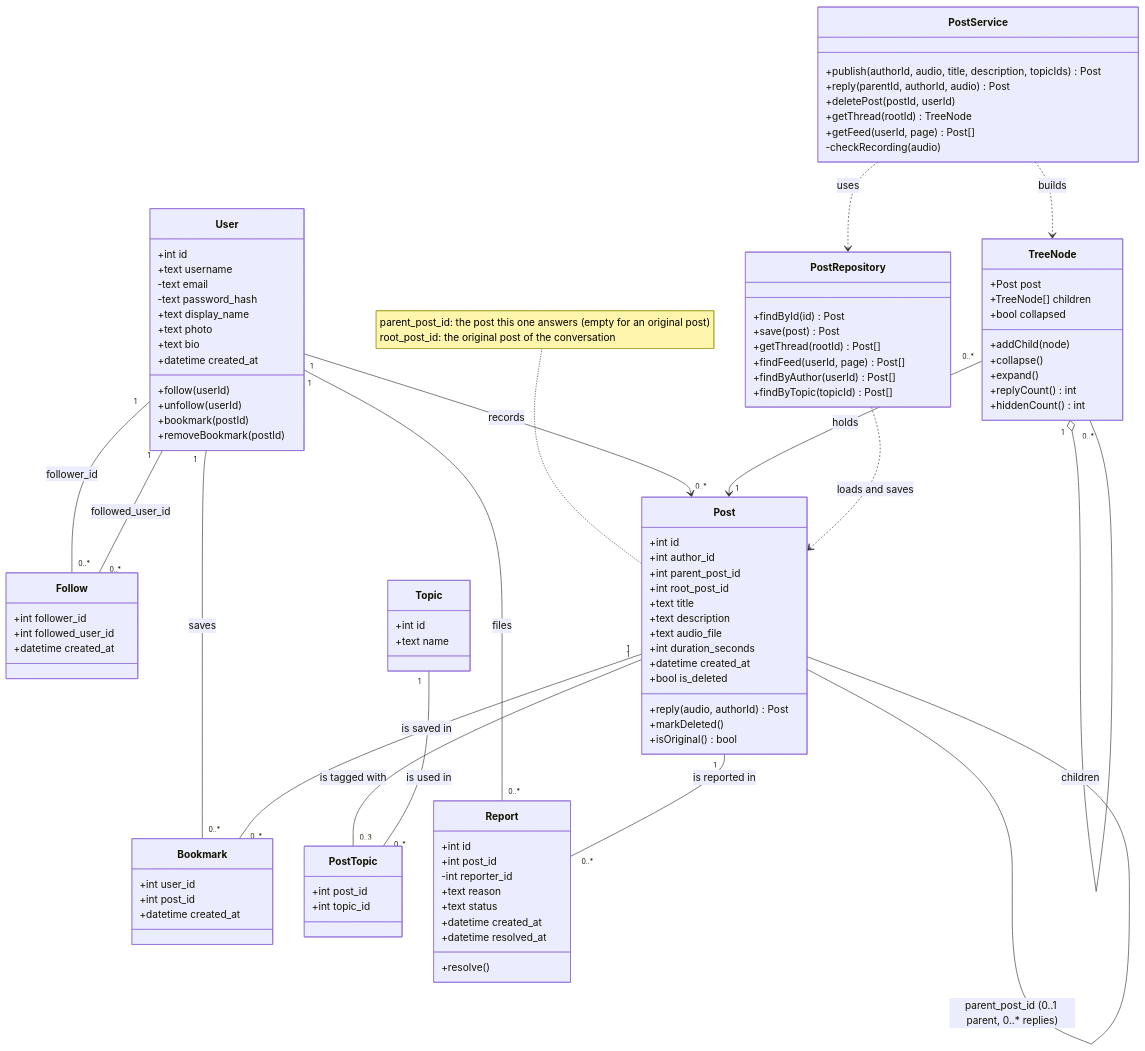
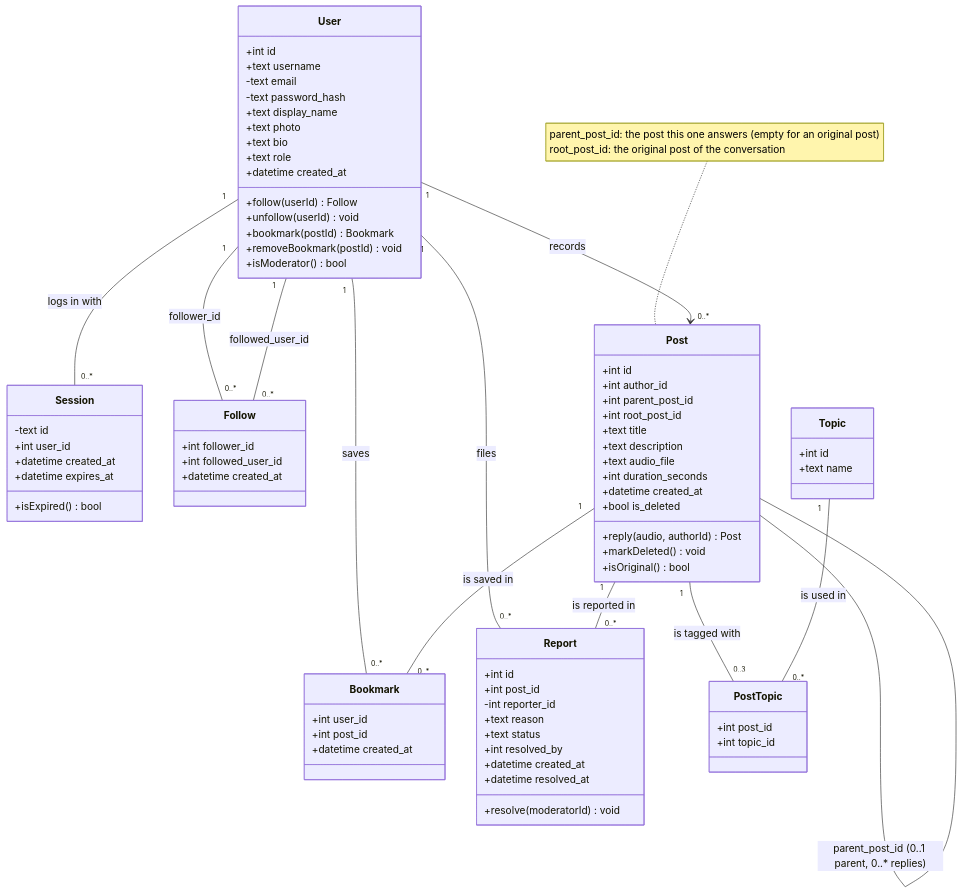
The first of 4 diagrams in docs/uml/class.md (alafwaj/VoiceThread), drawn with Mermaid before and after one commit. The commit also changed other lines of this file and 1 other file, not shown here.

First line of the commit message:
docs(uml): answer the review of the class diagram

````diff
--- a/docs/uml/class.md
+++ b/docs/uml/class.md
@@ -13,12 +17,6 @@
 ```mermaid
 classDiagram
     direction TB
-
-    class Follow {
-        +int follower_id
-        +int followed_user_id
-        +datetime created_at
-    }
 
     class User {
         +int id
@@ -28,11 +26,27 @@
         +text display_name
         +text photo
         +text bio
+        +text role
         +datetime created_at
-        +follow(userId)
-        +unfollow(userId)
-        +bookmark(postId)
-        +removeBookmark(postId)
+        +follow(userId) Follow
+        +unfollow(userId) void
+        +bookmark(postId) Bookmark
+        +removeBookmark(postId) void
+        +isModerator() bool
+    }
+
+    class Session {
+        -text id
+        +int user_id
+        +datetime created_at
+        +datetime expires_at
+        +isExpired() bool
+    }
+
+    class Follow {
+        +int follower_id
+        +int followed_user_id
+        +datetime created_at
     }
 
     class Post {
@@ -47,7 +61,7 @@
         +datetime created_at
         +bool is_deleted
         +reply(audio, authorId) Post
-        +markDeleted()
+        +markDeleted() void
         +isOriginal() bool
     }
 
@@ -55,6 +69,18 @@
         +int user_id
         +int post_id
         +datetime created_at
+    }
+
+    class Report {
+        +int id
+        +int post_id
+        -int reporter_id
+        +text reason
+        +text status
+        +int resolved_by
+        +datetime created_at
+        +datetime resolved_at
+        +resolve(moderatorId) void
     }
 
     class PostTopic {
@@ -67,61 +93,17 @@
         +text name
     }
 
-    class Report {
-        +int id
-        +int post_id
-        -int reporter_id
-        +text reason
-        +text status
-        +datetime created_at
-        +datetime resolved_at
-        +resolve()
-    }
-
-    class TreeNode {
-        +Post post
-        +TreeNode[] children
-        +bool collapsed
-        +addChild(node)
-        +collapse()
-        +expand()
-        +replyCount() int
-        +hiddenCount() int
-    }
-
-    class PostService {
-        +publish(authorId, audio, title, description, topicIds) Post
-        +reply(parentId, authorId, audio) Post
-        +deletePost(postId, userId)
-        +getThread(rootId) TreeNode
-        +getFeed(userId, page) Post[]
-        -checkRecording(audio)
-    }
-
-    class PostRepository {
-        +findById(id) Post
-        +save(post) Post
-        +getThread(rootId) Post[]
-        +findFeed(userId, page) Post[]
-        +findByAuthor(userId) Post[]
-        +findByTopic(topicId) Post[]
-    }
-
+    User "1" -- "0..*" Session : logs in with
     User "1" -- "0..*" Follow : follower_id
     User "1" -- "0..*" Follow : followed_user_id
     User "1" --> "0..*" Post : records
     User "1" -- "0..*" Bookmark : saves
+    User "1" -- "0..*" Report : files
     Post -- Post : parent_post_id (0..1 parent, 0..* replies)
     Post "1" -- "0..*" Bookmark : is saved in
+    Post "1" -- "0..*" Report : is reported in
     Post "1" -- "0..3" PostTopic : is tagged with
     Topic "1" -- "0..*" PostTopic : is used in
-    User "1" -- "0..*" Report : files
-    Post "1" -- "0..*" Report : is reported in
-    TreeNode "0..*" --> "1" Post : holds
-    TreeNode "1" o-- "0..*" TreeNode : children
-    PostService ..> PostRepository : uses
-    PostService ..> TreeNode : builds
-    PostRepository ..> Post : loads and saves
 
     note for Post "parent_post_id: the post this one answers (empty for an original post)<br>root_post_id: the original post of the conversation"
 ```
````
